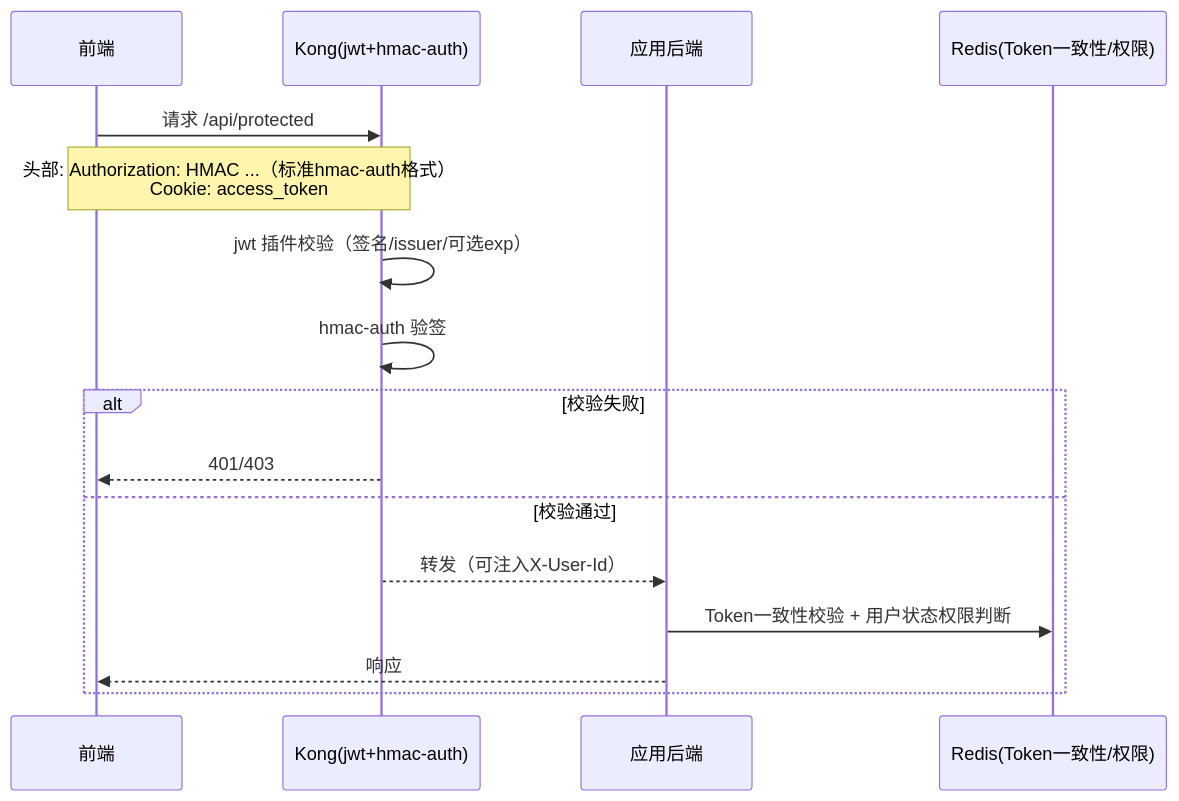
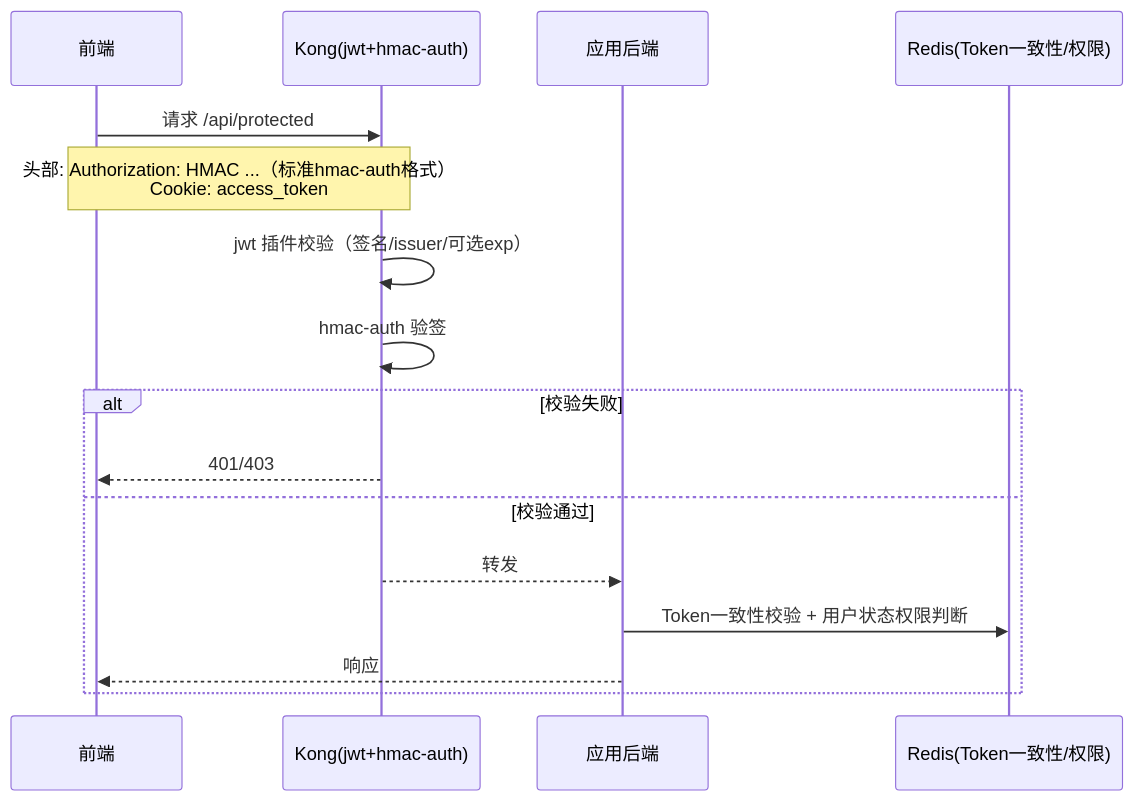
One commit to yingjianzh/iodraw-files changed the diagram in all/未命名-3.md. Above: the diagram before and after it, drawn with Mermaid.

Commit message:
2025-10-14 17:20:02 update

````diff
--- a/all/未命名-3.md
+++ b/all/未命名-3.md
@@ -1,20 +1,20 @@
 ```mermaid
 sequenceDiagram
     participant FE as 前端
     participant Kong as Kong(jwt+hmac-auth)
     participant App as 应用后端
     participant Redis as Redis(Token一致性/权限)
 
     FE->>Kong: 请求 /api/protected
     Note over FE,Kong: 头部: Authorization: HMAC ...（标准hmac-auth格式）<br/>Cookie: access_token
 
     Kong->>Kong: jwt 插件校验（签名/issuer/可选exp）
     Kong->>Kong: hmac-auth 验签
     alt 校验失败
       Kong-->>FE: 401/403
     else 校验通过
-      Kong-->>App: 转发（可注入X-User-Id）
+      Kong-->>App: 转发
       App->>Redis: Token一致性校验 + 用户状态权限判断
       App-->>FE: 响应
     end
 ```
````
